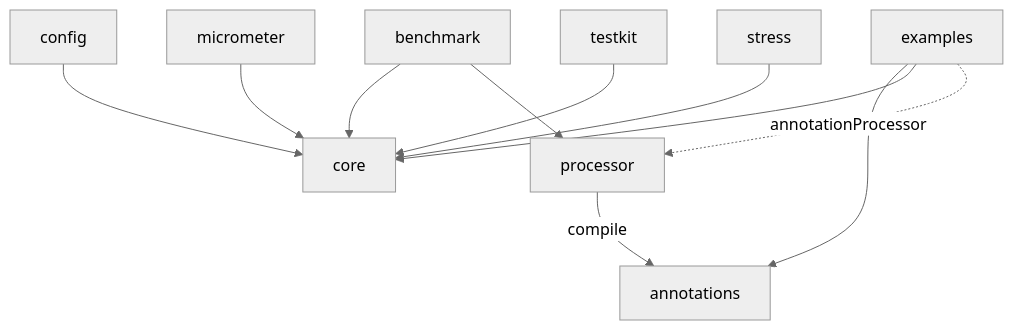
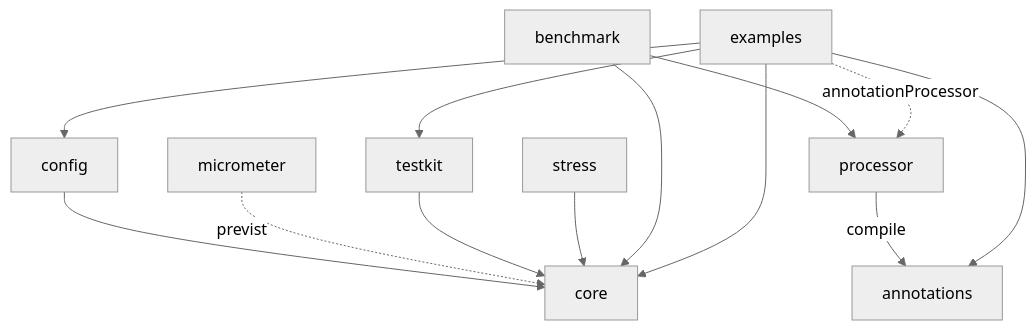
One commit to fabiangftech/resilience4cata changed the second of 2 diagrams in docs/es/architecture.md. Above: the diagram before and after it, drawn with Mermaid (neutral theme). The commit also changed other lines of this file and 62 other files, not shown here.

````diff
--- a/docs/es/architecture.md
+++ b/docs/es/architecture.md
@@ -133,13 +165,15 @@
 ```mermaid
 graph TD
   processor -->|compile| annotations
   config --> core
-  micrometer --> core
+  micrometer -.previsto.-> core
   testkit --> core
   stress --> core
   benchmark --> core
   benchmark --> processor
   examples --> annotations
   examples --> core
+  examples --> config
+  examples --> testkit
   examples -.annotationProcessor.-> processor
 ```
````
